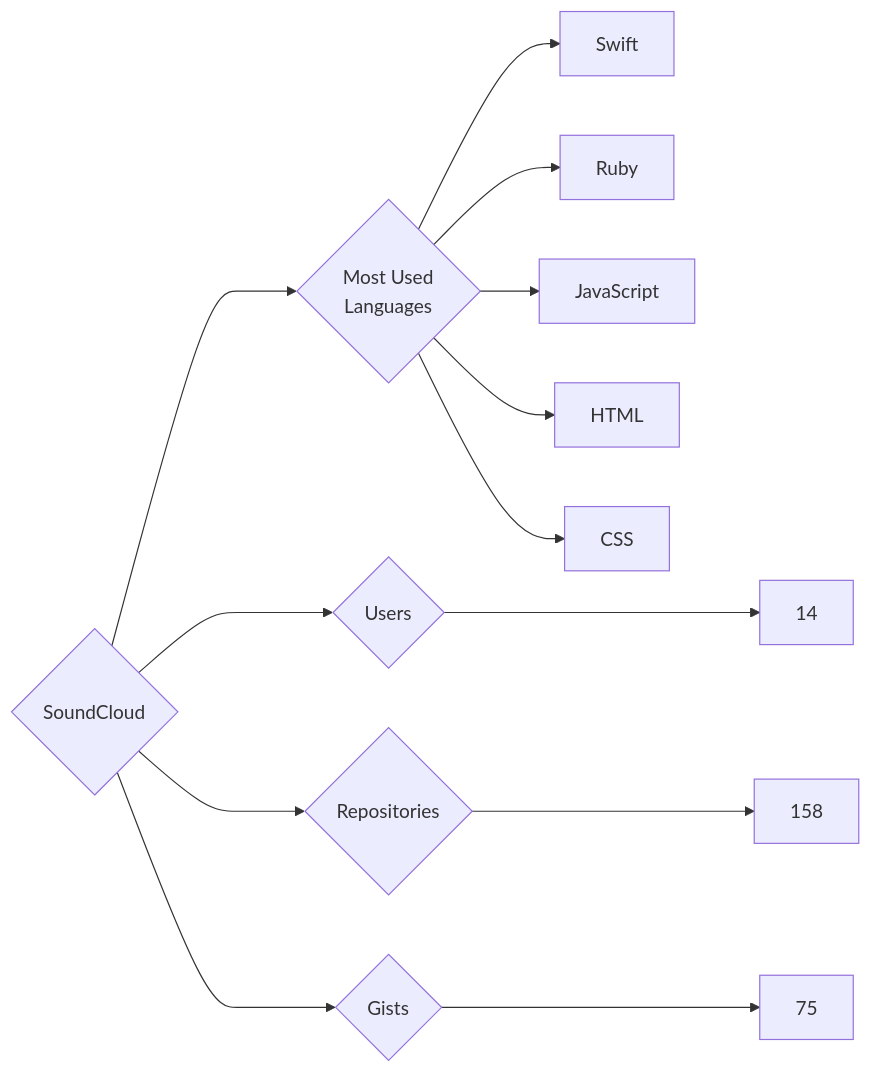
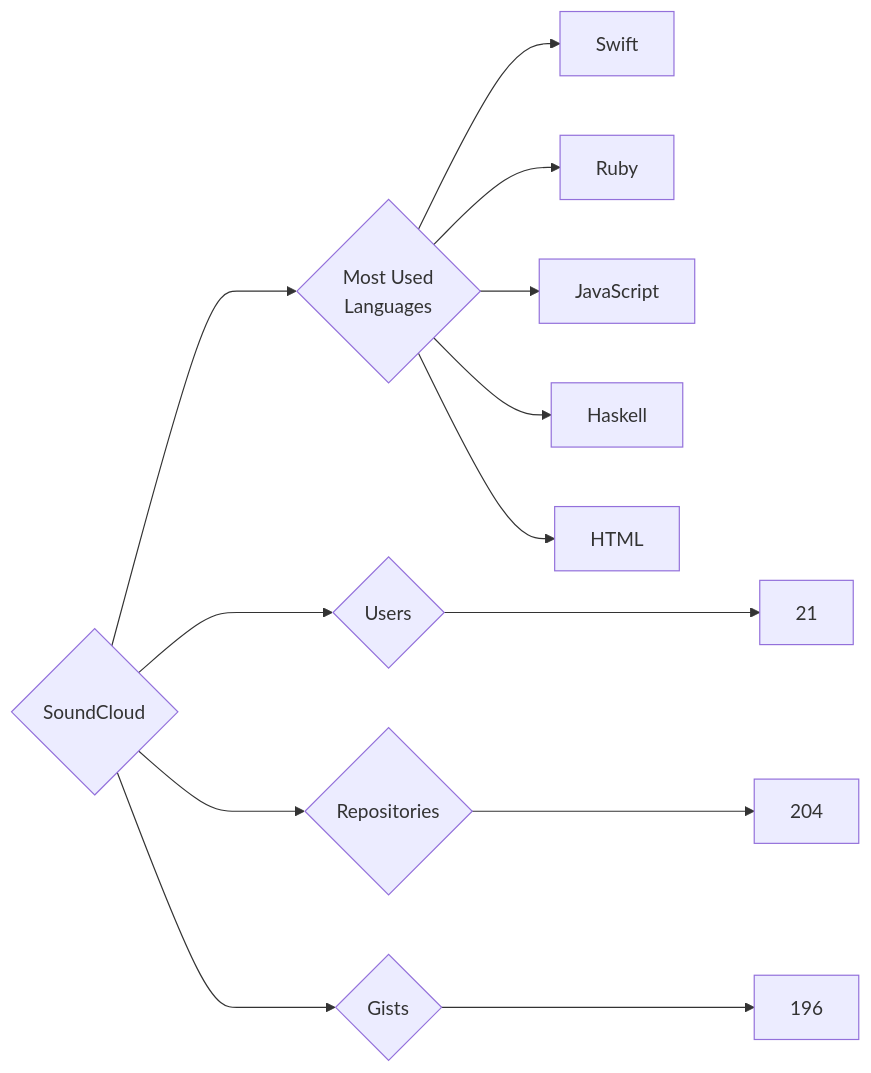
The diagram in targets/SoundCloud/README.md (trickest/insiders), drawn with Mermaid before and after one commit. The commit also changed 1696 other files, not shown here.

````diff
--- a/targets/SoundCloud/README.md
+++ b/targets/SoundCloud/README.md
@@ -3,13 +3,13 @@
 ```mermaid
 graph LR
 COMPANY_NAME{SoundCloud}
-COMPANY_NAME ---> U{Users} ---> UN[14]
-COMPANY_NAME ---> R{Repositories} ---> RN[158]
-COMPANY_NAME ---> G{Gists} ---> GN[75]
+COMPANY_NAME ---> U{Users} ---> UN[21]
+COMPANY_NAME ---> R{Repositories} ---> RN[204]
+COMPANY_NAME ---> G{Gists} ---> GN[196]
 COMPANY_NAME ---> ML{Most Used<br>Languages}
 ML --> Swift[Swift]
 ML --> Ruby[Ruby]
 ML --> JavaScript[JavaScript]
+ML --> Haskell[Haskell]
 ML --> HTML[HTML]
-ML --> CSS[CSS]
 ```
````
